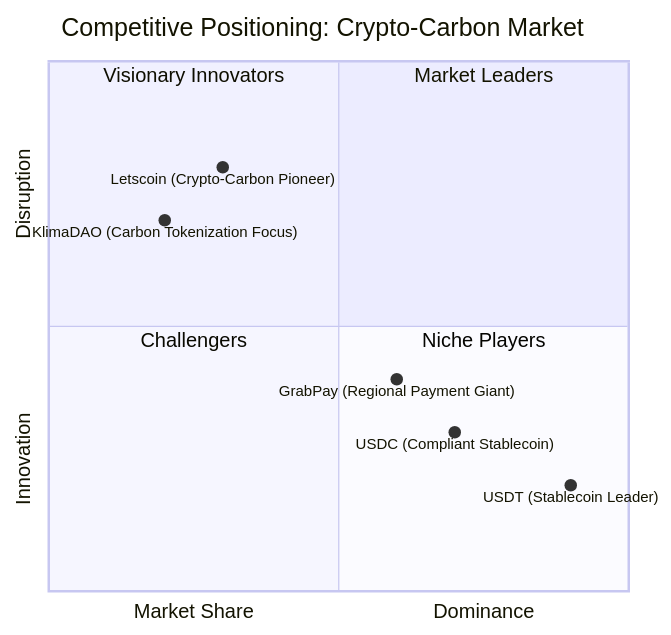
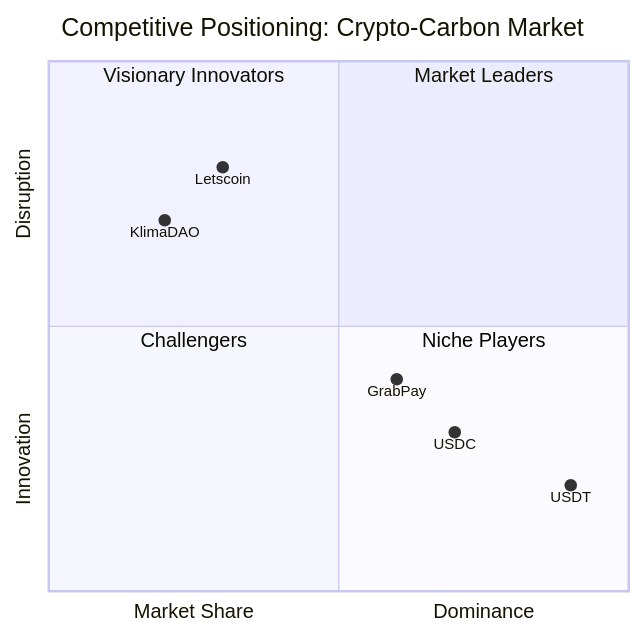
Before and after one commit to W3JDev/Open-Source-websites-Templates: the third of 4 diagrams in README.md, drawn with Mermaid. The commit also changed other lines of this file, not shown here.

````diff
--- a/README.md
+++ b/README.md
@@ -105,15 +108,15 @@
 ```mermaid
 quadrantChart
     title Competitive Positioning: Crypto-Carbon Market
     x-axis Market Share --> Dominance
     y-axis Innovation --> Disruption
     quadrant-1 Market Leaders
     quadrant-2 Visionary Innovators
     quadrant-3 Challengers
     quadrant-4 Niche Players
-    "USDT (Stablecoin Leader)": [0.9, 0.2]
-    "USDC (Compliant Stablecoin)": [0.7, 0.3]
-    "Letscoin (Crypto-Carbon Pioneer)": [0.3, 0.8]
-    "GrabPay (Regional Payment Giant)": [0.6, 0.4]
-    "KlimaDAO (Carbon Tokenization Focus)": [0.2, 0.7]
+    "USDT": [0.9, 0.2]
+    "USDC": [0.7, 0.3]
+    "Letscoin": [0.3, 0.8]
+    "GrabPay": [0.6, 0.4]
+    "KlimaDAO": [0.2, 0.7]
 ```
````
